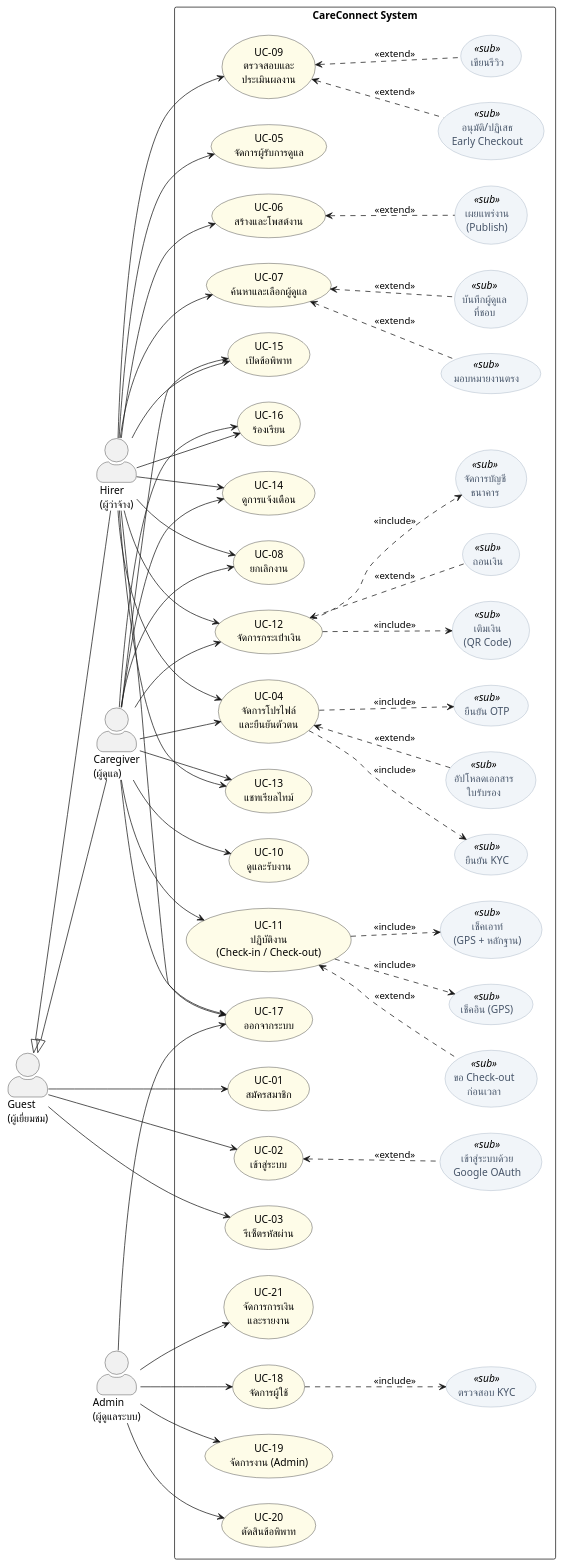
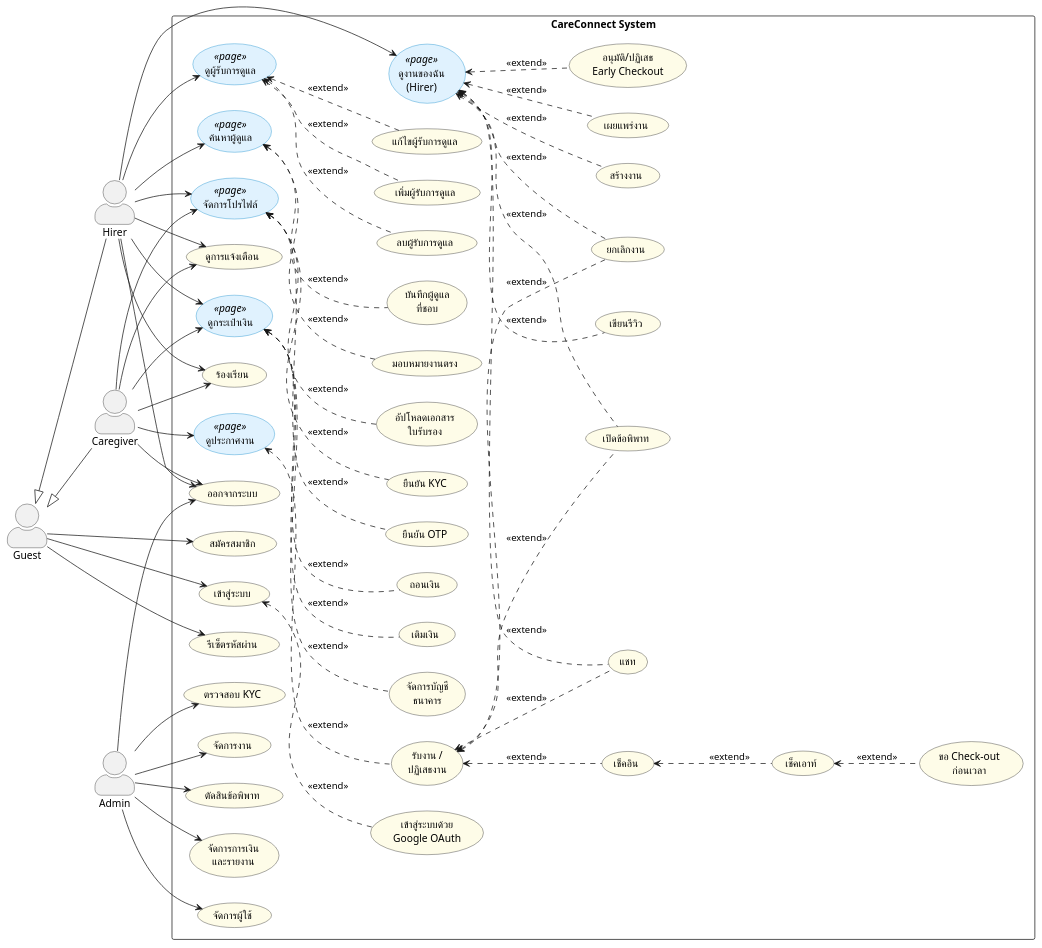
The first of 16 diagrams in THESIS_CONTENT_CH3_PART3.md (SakdaRt/Careconnect), drawn with PlantUML before and after one commit. The commit also changed other lines of this file and 3 other files, not shown here.

````diff
--- a/THESIS_CONTENT_CH3_PART3.md
+++ b/THESIS_CONTENT_CH3_PART3.md
@@ -17,184 +17,146 @@
 skinparam actorStyle awesome
 skinparam usecase {
   BackgroundColor #FEFCE8
-  BackgroundColor<<sub>> #F1F5F9
-  BorderColor<<sub>> #94A3B8
-  FontColor<<sub>> #475569
+  BackgroundColor<<page>> #E0F2FE
+  BorderColor<<page>> #0284C7
 }
 
-actor "Guest\n(ผู้เยี่ยมชม)" as G
-actor "Hirer\n(ผู้ว่าจ้าง)" as H
-actor "Caregiver\n(ผู้ดูแล)" as CG
-actor "Admin\n(ผู้ดูแลระบบ)" as A
+actor "Guest" as G
+actor "Hirer" as H
+actor "Caregiver" as CG
+actor "Admin" as A
 
 G <|-- H
 G <|-- CG
 
 rectangle "CareConnect System" {
 
-  ' ============================================================
-  ' Authentication — 3 main + 1 sub
-  ' ============================================================
-  usecase "UC-01\nสมัครสมาชิก" as UC01
-  usecase "UC-02\nเข้าสู่ระบบ" as UC02
-  usecase "UC-03\nรีเซ็ตรหัสผ่าน" as UC03
-  usecase "เข้าสู่ระบบด้วย\nGoogle OAuth" as SUB_OAUTH <<sub>>
+  ' === Authentication ===
+  usecase "สมัครสมาชิก" as UC01
+  usecase "เข้าสู่ระบบ" as UC02
+  usecase "เข้าสู่ระบบด้วย\nGoogle OAuth" as UC03
+  usecase "รีเซ็ตรหัสผ่าน" as UC04
 
-  ' ============================================================
-  ' Profile — 1 main + 3 sub
-  ' ============================================================
-  usecase "UC-04\nจัดการโปรไฟล์\nและยืนยันตัวตน" as UC04
-  usecase "ยืนยัน OTP" as SUB_OTP <<sub>>
-  usecase "ยืนยัน KYC" as SUB_KYC <<sub>>
-  usecase "อัปโหลดเอกสาร\nใบรับรอง" as SUB_DOC <<sub>>
+  ' === Profile ===
+  usecase "ออกจากระบบ" as UC05
+  usecase "จัดการโปรไฟล์" as UC06 <<page>>
+  usecase "ยืนยัน OTP" as UC07
+  usecase "ยืนยัน KYC" as UC08
+  usecase "อัปโหลดเอกสาร\nใบรับรอง" as UC09
 
-  ' ============================================================
-  ' Hirer Job — 4 main + 4 sub
-  ' ============================================================
-  usecase "UC-05\nจัดการผู้รับการดูแล" as UC05
-  usecase "UC-06\nสร้างและโพสต์งาน" as UC06
-  usecase "UC-07\nค้นหาและเลือกผู้ดูแล" as UC07
-  usecase "UC-08\nยกเลิกงาน" as UC08
-  usecase "เผยแพร่งาน\n(Publish)" as SUB_PUBLISH <<sub>>
-  usecase "มอบหมายงานตรง" as SUB_ASSIGN <<sub>>
-  usecase "บันทึกผู้ดูแล\nที่ชอบ" as SUB_FAV <<sub>>
-  usecase "อนุมัติ/ปฏิเสธ\nEarly Checkout" as SUB_APPROVE_EC <<sub>>
+  ' === ผู้รับการดูแล ===
+  usecase "ดูผู้รับการดูแล" as UC10 <<page>>
+  usecase "เพิ่มผู้รับการดูแล" as UC11
+  usecase "แก้ไขผู้รับการดูแล" as UC12
+  usecase "ลบผู้รับการดูแล" as UC13
 
-  ' ============================================================
-  ' Hirer Social — 1 main
-  ' ============================================================
-  usecase "UC-09\nตรวจสอบและ\nประเมินผลงาน" as UC09
-  usecase "เขียนรีวิว" as SUB_REVIEW <<sub>>
+  ' === Hirer — งานของฉัน ===
+  usecase "ดูงานของฉัน\n(Hirer)" as UC14 <<page>>
+  usecase "สร้างงาน" as UC15
+  usecase "เผยแพร่งาน" as UC16
+  usecase "ยกเลิกงาน" as UC17
+  usecase "อนุมัติ/ปฏิเสธ\nEarly Checkout" as UC21
+  usecase "เขียนรีวิว" as UC22
+  usecase "แชท" as UC32
+  usecase "เปิดข้อพิพาท" as UC34
 
-  ' ============================================================
-  ' Caregiver Job — 2 main + 3 sub
-  ' ============================================================
-  usecase "UC-10\nดูและรับงาน" as UC10
-  usecase "UC-11\nปฏิบัติงาน\n(Check-in / Check-out)" as UC11
-  usecase "เช็คอิน (GPS)" as SUB_CHECKIN <<sub>>
-  usecase "เช็คเอาท์\n(GPS + หลักฐาน)" as SUB_CHECKOUT <<sub>>
-  usecase "ขอ Check-out\nก่อนเวลา" as SUB_EARLY <<sub>>
+  ' === ค้นหาผู้ดูแล ===
+  usecase "ค้นหาผู้ดูแล" as UC18 <<page>>
+  usecase "มอบหมายงานตรง" as UC19
+  usecase "บันทึกผู้ดูแล\nที่ชอบ" as UC20
 
-  ' ============================================================
-  ' Payment — 1 main + 3 sub
-  ' ============================================================
-  usecase "UC-12\nจัดการกระเป๋าเงิน" as UC12
-  usecase "เติมเงิน\n(QR Code)" as SUB_TOPUP <<sub>>
-  usecase "ถอนเงิน" as SUB_WITHDRAW <<sub>>
-  usecase "จัดการบัญชี\nธนาคาร" as SUB_BANK <<sub>>
+  ' === กระเป๋าเงิน ===
+  usecase "ดูกระเป๋าเงิน" as UC29 <<page>>
+  usecase "เติมเงิน" as UC28
+  usecase "ถอนเงิน" as UC30
+  usecase "จัดการบัญชี\nธนาคาร" as UC31
 
-  ' ============================================================
-  ' Communication — 2 main
-  ' ============================================================
-  usecase "UC-13\nแชทเรียลไทม์" as UC13
-  usecase "UC-14\nดูการแจ้งเตือน" as UC14
+  ' === Shared ===
+  usecase "ดูการแจ้งเตือน" as UC33
+  usecase "ร้องเรียน" as UC35
 
-  ' ============================================================
-  ' Dispute — 2 main
-  ' ============================================================
-  usecase "UC-15\nเปิดข้อพิพาท" as UC15
-  usecase "UC-16\nร้องเรียน" as UC16
+  ' === Caregiver — ค้นหางาน ===
+  usecase "ดูประกาศงาน" as UC23 <<page>>
+  usecase "รับงาน /\nปฏิเสธงาน" as UC24
 
-  ' ============================================================
-  ' General — 1 main
-  ' ============================================================
-  usecase "UC-17\nออกจากระบบ" as UC17
+  ' === Caregiver — ปฏิบัติงาน ===
+  usecase "เช็คอิน" as UC25
+  usecase "เช็คเอาท์" as UC26
+  usecase "ขอ Check-out\nก่อนเวลา" as UC27
 
-  ' ============================================================
-  ' Admin — 4 main + 1 sub
-  ' ============================================================
-  usecase "UC-18\nจัดการผู้ใช้" as UC18
-  usecase "UC-19\nจัดการงาน (Admin)" as UC19
-  usecase "UC-20\nตัดสินข้อพิพาท" as UC20
-  usecase "UC-21\nจัดการการเงิน\nและรายงาน" as UC21
-  usecase "ตรวจสอบ KYC" as SUB_KYC_REVIEW <<sub>>
+  ' === Admin ===
+  usecase "จัดการผู้ใช้" as UC36
+  usecase "ตรวจสอบ KYC" as UC37
+  usecase "จัดการงาน" as UC38
+  usecase "ตัดสินข้อพิพาท" as UC39
+  usecase "จัดการการเงิน\nและรายงาน" as UC40
 }
 
-' ==============================================================
-' Guest → 3 main use cases
-' ==============================================================
+' === Guest ===
 G --> UC01
 G --> UC02
-G --> UC03
+G --> UC04
+UC02 <.. UC03 : <<extend>>
 
-' ==============================================================
-' Authentication — extend
-' ==============================================================
-UC02 <.. SUB_OAUTH : <<extend>>
+' === Hirer ===
+H --> UC06
+H --> UC10
+H --> UC14
+H --> UC18
+H --> UC29
+H --> UC33
+H --> UC35
+H --> UC05
 
-' ==============================================================
-' Hirer → 12 main use cases
-' ==============================================================
-H --> UC04
-H --> UC05
-H --> UC06
-H --> UC07
-H --> UC08
-H --> UC09
-H --> UC12
-H --> UC13
-H --> UC14
-H --> UC15
-H --> UC16
-H --> UC17
+UC06 <.. UC07 : <<extend>>
+UC06 <.. UC08 : <<extend>>
 
-' ==============================================================
-' Caregiver → 10 main use cases
-' ==============================================================
-CG --> UC04
-CG --> UC08
-CG --> UC10
-CG --> UC11
-CG --> UC12
-CG --> UC13
-CG --> UC14
-CG --> UC15
-CG --> UC16
-CG --> UC17
+UC10 <.. UC11 : <<extend>>
+UC10 <.. UC12 : <<extend>>
+UC10 <.. UC13 : <<extend>>
 
-' ==============================================================
-' Admin → 5 main use cases
-' ==============================================================
-A --> UC17
-A --> UC18
-A --> UC19
-A --> UC20
-A --> UC21
+UC14 <.. UC15 : <<extend>>
+UC14 <.. UC16 : <<extend>>
+UC14 <.. UC17 : <<extend>>
+UC14 <.. UC21 : <<extend>>
+UC14 <.. UC22 : <<extend>>
+UC14 <.. UC32 : <<extend>>
+UC14 <.. UC34 : <<extend>>
 
-' ==============================================================
-' include / extend — Profile & Verification
-' ==============================================================
-UC04 ..> SUB_OTP : <<include>>
-UC04 ..> SUB_KYC : <<include>>
-UC04 <.. SUB_DOC : <<extend>>
+UC18 <.. UC19 : <<extend>>
+UC18 <.. UC20 : <<extend>>
 
-' ==============================================================
-' include / extend — Hirer Job
-' ==============================================================
-UC06 <.. SUB_PUBLISH : <<extend>>
-UC07 <.. SUB_ASSIGN : <<extend>>
-UC07 <.. SUB_FAV : <<extend>>
-UC09 <.. SUB_APPROVE_EC : <<extend>>
-UC09 <.. SUB_REVIEW : <<extend>>
+UC29 <.. UC28 : <<extend>>
+UC29 <.. UC31 : <<extend>>
 
-' ==============================================================
-' include / extend — Caregiver Job
-' ==============================================================
-UC11 ..> SUB_CHECKIN : <<include>>
-UC11 ..> SUB_CHECKOUT : <<include>>
-UC11 <.. SUB_EARLY : <<extend>>
+' === Caregiver ===
+CG --> UC06
+CG --> UC23
+CG --> UC29
+CG --> UC33
+CG --> UC35
+CG --> UC05
 
-' ==============================================================
-' include / extend — Payment
-' ==============================================================
-UC12 ..> SUB_TOPUP : <<include>>
-UC12 <.. SUB_WITHDRAW : <<extend>>
-UC12 ..> SUB_BANK : <<include>>
+UC06 <.. UC09 : <<extend>>
 
-' ==============================================================
-' include / extend — Admin
-' ==============================================================
-UC18 ..> SUB_KYC_REVIEW : <<include>>
+UC23 <.. UC24 : <<extend>>
+
+UC24 <.. UC25 : <<extend>>
+UC25 <.. UC26 : <<extend>>
+UC26 <.. UC27 : <<extend>>
+UC24 <.. UC17 : <<extend>>
+UC24 <.. UC32 : <<extend>>
+UC24 <.. UC34 : <<extend>>
+
+UC29 <.. UC30 : <<extend>>
+
+' === Admin ===
+A --> UC05
+A --> UC36
+A --> UC37
+A --> UC38
+A --> UC39
+A --> UC40
 
 @enduml
 ```
````
